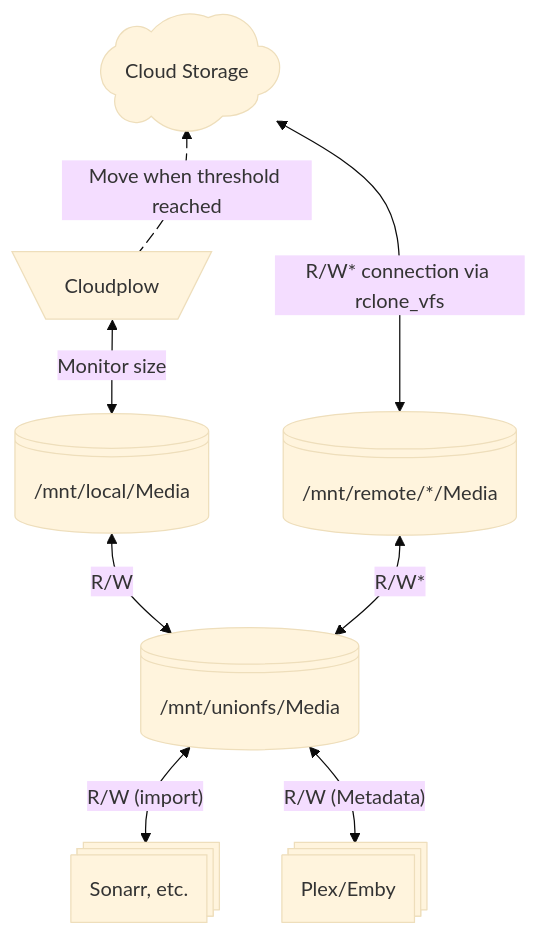
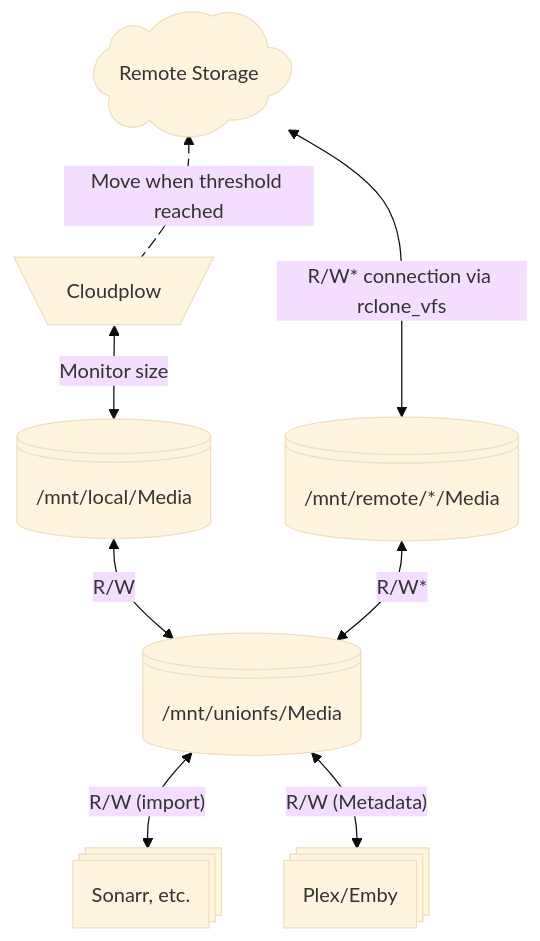
Before and after one commit to saltyorg/docs: the diagram in docs/saltbox/basics/basics.md, drawn with Mermaid (base theme). The commit also changed other lines of this file and 1 other file, not shown here.

Commit message:
docs(basics): de-emphasize cloud storage

````diff
--- a/docs/saltbox/basics/basics.md
+++ b/docs/saltbox/basics/basics.md
@@ -89,21 +87,21 @@
 ```mermaid
 flowchart TB
-    Cloud@{ shape: cloud, label: "Cloud Storage"}
+    Cloud@{ shape: cloud, label: "Remote Storage"}
     Cloudplow@{ shape: trapezoid-top, label: "Cloudplow"}
     LocalMedia@{ shape: disk, label: "/mnt/local/Media"}
     RemoteMedia@{ shape: disk, label: "/mnt/remote/*/Media"}
     UnionfsMedia@{ shape: disk, label: "/mnt/unionfs/Media"}
     Sonarr@{ shape: procs, label: "Sonarr, etc."}
     Plex@{ shape: procs, label: "Plex/Emby"}
 
     Cloud ~~~ Cloudplow
     Cloudplow <-->|Monitor size| LocalMedia
     Cloudplow e1@-->|Move when threshold reached| Cloud
     e1@{ animate: true }
     Cloud <-->|"R/W* connection via rclone_vfs"| RemoteMedia
 
     LocalMedia <-->|R/W| UnionfsMedia
     RemoteMedia <-->|R/W*| UnionfsMedia
     UnionfsMedia <-->|"R/W (import)"| Sonarr
     UnionfsMedia <-->|"R/W (Metadata)"| Plex
 ```
````
